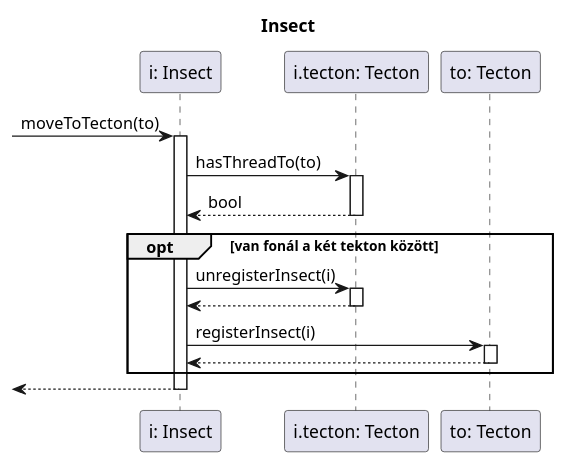
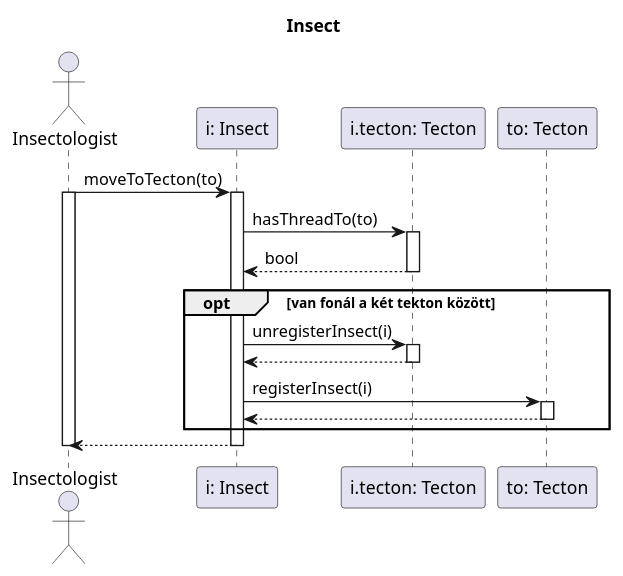
One commit to dzsem/projlab changed the diagram in diagrams/sequence/insect/moveToTecton.plantuml. Above: the diagram before and after it, drawn with PlantUML.

Commit message:
Fix moveToTecton

```diff
--- a/diagrams/sequence/insect/moveToTecton.plantuml
+++ b/diagrams/sequence/insect/moveToTecton.plantuml
@@ -1,38 +1,39 @@
 @startuml Insect
 title Insect
 
-title "Insect"
-
+actor "Insectologist" as insectologist
 participant "i: Insect" as insect
 participant "i.tecton: Tecton" as t1
 participant "to: Tecton" as t2
 
--> insect: moveToTecton(to)
+insectologist -> insect: moveToTecton(to)
+activate insectologist
 activate insect
 
 insect -> t1: hasThreadTo(to)
 activate t1
 
 t1 --> insect: bool
 deactivate t1
 
 opt van fonál a két tekton között
 	insect -> t1: unregisterInsect(i)
 	activate t1
 
 	t1 --> insect
 	deactivate t1
 
 	insect -> t2: registerInsect(i)
 	activate t2
 
 	t2 --> insect
 	deactivate t2
 
 	'insect -> insect: i.tecton = to
 end
 
-<-- insect
+insectologist <-- insect
 deactivate insect
+deactivate insectologist
 
 @enduml
```
